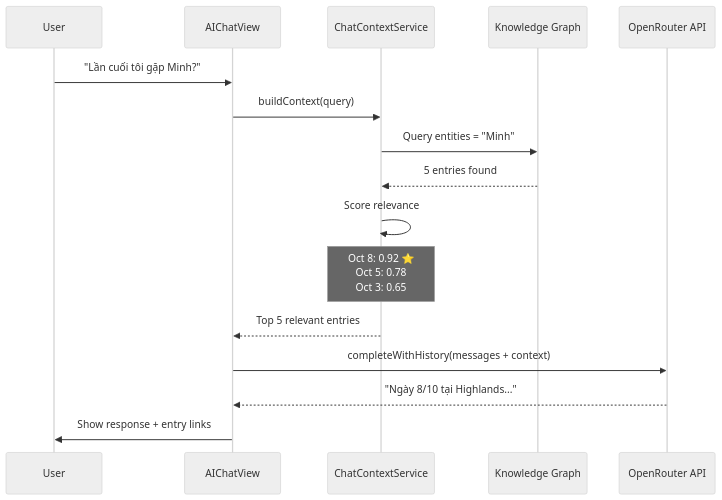
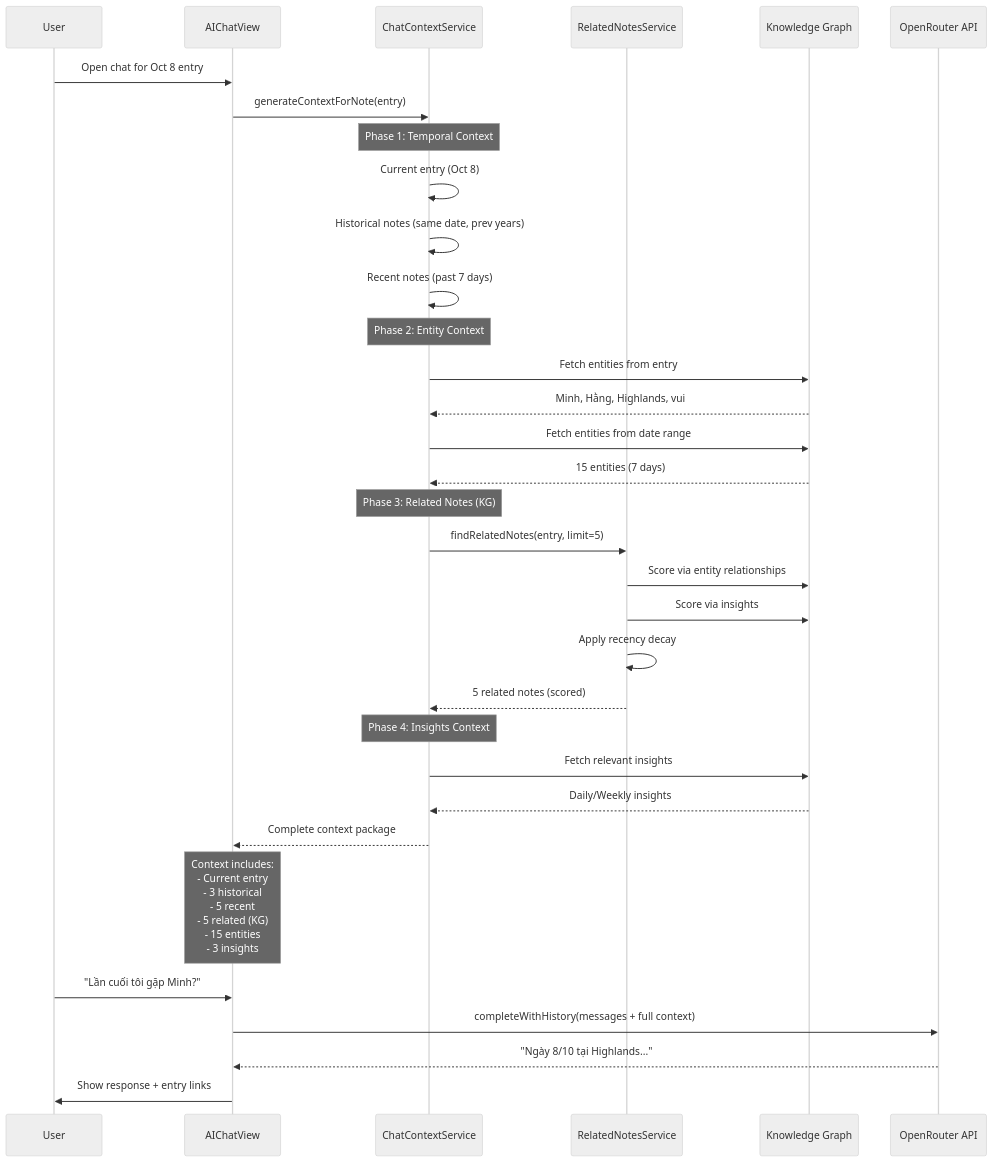
Before and after one commit to phuc-nt/kioku-ios: the seventh of 14 diagrams in docs/99_lesson/PRESENTATION_SLIDES.md, drawn with Mermaid (neutral theme). The commit also changed other lines of this file, not shown here.

````diff
--- a/docs/99_lesson/PRESENTATION_SLIDES.md
+++ b/docs/99_lesson/PRESENTATION_SLIDES.md
@@ -294,19 +294,42 @@
 ```mermaid
 sequenceDiagram
     participant User
     participant Chat as AIChatView
     participant Context as ChatContextService
+    participant Related as RelatedNotesService
     participant KG as Knowledge Graph
     participant AI as OpenRouter API
 
+    User->>Chat: Open chat for Oct 8 entry
+    Chat->>Context: generateContextForNote(entry)
+
+    Note over Context: Phase 1: Temporal Context
+    Context->>Context: Current entry (Oct 8)
+    Context->>Context: Historical notes (same date, prev years)
+    Context->>Context: Recent notes (past 7 days)
+
+    Note over Context: Phase 2: Entity Context
+    Context->>KG: Fetch entities from entry
+    KG-->>Context: Minh, Hằng, Highlands, vui
+    Context->>KG: Fetch entities from date range
+    KG-->>Context: 15 entities (7 days)
+
+    Note over Context: Phase 3: Related Notes (KG)
+    Context->>Related: findRelatedNotes(entry, limit=5)
+    Related->>KG: Score via entity relationships
+    Related->>KG: Score via insights
+    Related->>Related: Apply recency decay
+    Related-->>Context: 5 related notes (scored)
+
+    Note over Context: Phase 4: Insights Context
+    Context->>KG: Fetch relevant insights
+    KG-->>Context: Daily/Weekly insights
+
+    Context-->>Chat: Complete context package
+    Note over Chat: Context includes:<br/>- Current entry<br/>- 3 historical<br/>- 5 recent<br/>- 5 related (KG)<br/>- 15 entities<br/>- 3 insights
+
     User->>Chat: "Lần cuối tôi gặp Minh?"
-    Chat->>Context: buildContext(query)
-    Context->>KG: Query entities = "Minh"
-    KG-->>Context: 5 entries found
-    Context->>Context: Score relevance
-    Note over Context: Oct 8: 0.92 ⭐<br/>Oct 5: 0.78<br/>Oct 3: 0.65
-    Context-->>Chat: Top 5 relevant entries
-    Chat->>AI: completeWithHistory(messages + context)
+    Chat->>AI: completeWithHistory(messages + full context)
     AI-->>Chat: "Ngày 8/10 tại Highlands..."
     Chat->>User: Show response + entry links
 ```
````
